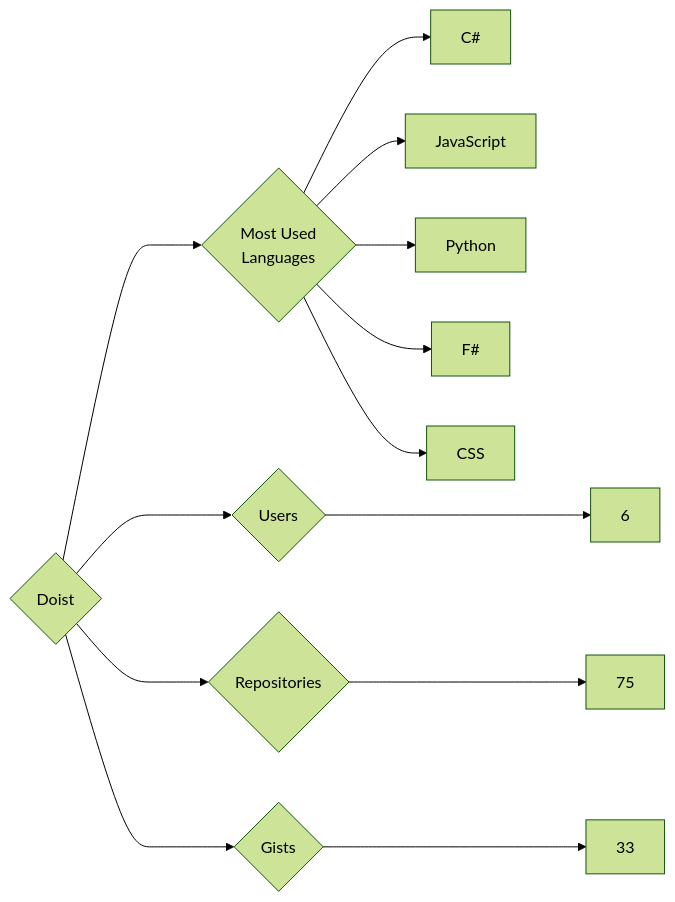
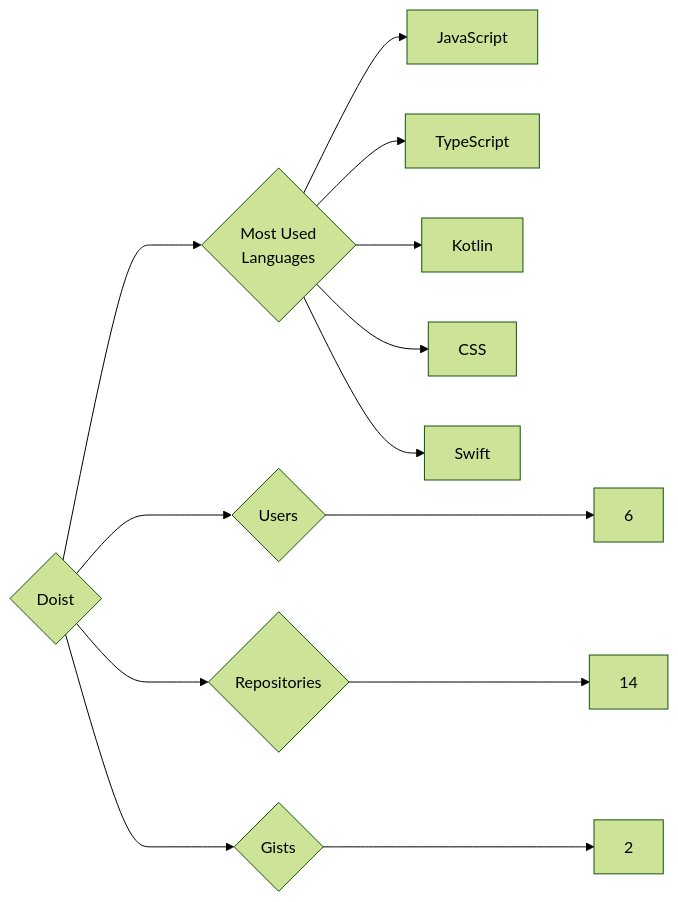
One commit to trickest/insiders changed the diagram in targets/Doist/README.md. Above: the diagram before and after it, drawn with Mermaid (forest theme). The commit also changed 1167 other files, not shown here.

````diff
--- a/targets/Doist/README.md
+++ b/targets/Doist/README.md
@@ -3,13 +3,13 @@
 ```mermaid
 graph LR
 COMPANY_NAME{Doist}
 COMPANY_NAME ---> U{Users} ---> UN[6]
-COMPANY_NAME ---> R{Repositories} ---> RN[75]
-COMPANY_NAME ---> G{Gists} ---> GN[33]
+COMPANY_NAME ---> R{Repositories} ---> RN[14]
+COMPANY_NAME ---> G{Gists} ---> GN[2]
 COMPANY_NAME ---> ML{Most Used<br>Languages}
-ML --> C#[C#]
 ML --> JavaScript[JavaScript]
-ML --> Python[Python]
-ML --> F#[F#]
+ML --> TypeScript[TypeScript]
+ML --> Kotlin[Kotlin]
 ML --> CSS[CSS]
+ML --> Swift[Swift]
 ```
````
